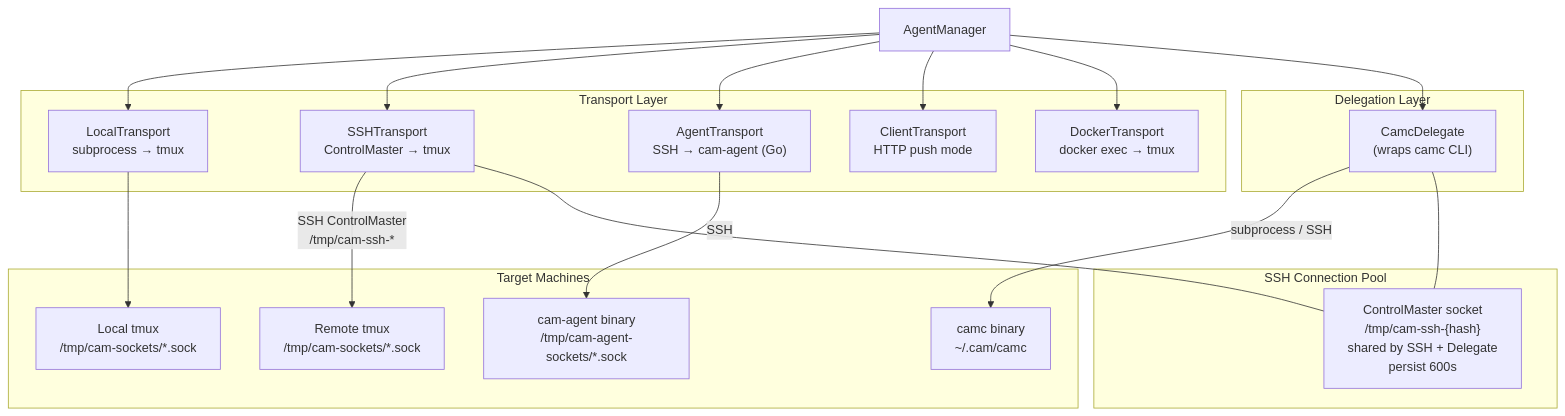
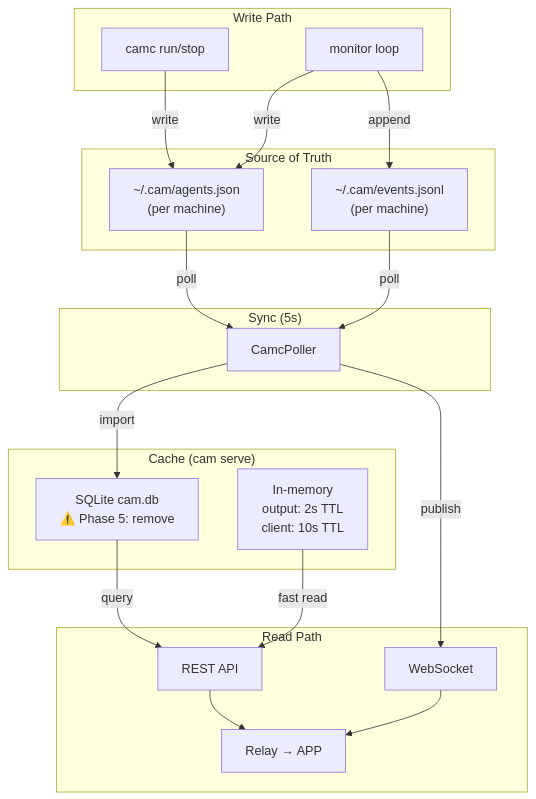
The eighth of 9 diagrams in docs/architecture-mermaid.md (orlunix/cam), drawn with Mermaid before and after one commit. The commit also changed other lines of this file, not shown here.

First line of the commit message:
Rewrite Mermaid diagrams: deployment topology with multiple camc instances

````diff
--- a/docs/architecture-mermaid.md
+++ b/docs/architecture-mermaid.md
@@ -291,42 +461,41 @@
 ```mermaid
 graph TB
-    AM["AgentManager"]
-
-    subgraph Transports["Transport Layer"]
-        local["LocalTransport<br/>subprocess → tmux"]
-        ssh["SSHTransport<br/>ControlMaster → tmux"]
-        agent["AgentTransport<br/>SSH → cam-agent (Go)"]
-        client["ClientTransport<br/>HTTP push mode"]
-        docker["DockerTransport<br/>docker exec → tmux"]
+    subgraph Write["Write Path"]
+        camc_w["camc run/stop"]
+        mon_w["monitor loop"]
     end
 
-    subgraph Delegation["Delegation Layer"]
-        delegate["CamcDelegate<br/>(wraps camc CLI)"]
+    subgraph SOT["Source of Truth"]
+        json_w["~/.cam/agents.json<br/>(per machine)"]
+        jsonl_w["~/.cam/events.jsonl<br/>(per machine)"]
     end
 
-    AM --> local
-    AM --> ssh
-    AM --> agent
-    AM --> client
-    AM --> docker
-    AM --> delegate
-
-    subgraph Targets["Target Machines"]
-        ltmux["Local tmux<br/>/tmp/cam-sockets/*.sock"]
-        rtmux["Remote tmux<br/>/tmp/cam-sockets/*.sock"]
-        goagent["cam-agent binary<br/>/tmp/cam-agent-sockets/*.sock"]
-        camcbin["camc binary<br/>~/.cam/camc"]
+    subgraph Sync["Sync (5s)"]
+        poller_s["CamcPoller"]
     end
 
-    local --> ltmux
-    ssh -->|"SSH ControlMaster<br/>/tmp/cam-ssh-*"| rtmux
-    agent -->|"SSH"| goagent
-    delegate -->|"subprocess / SSH"| camcbin
-
-    subgraph SSHPool["SSH Connection Pool"]
-        cm["ControlMaster socket<br/>/tmp/cam-ssh-{hash}<br/>shared by SSH + Delegate<br/>persist 600s"]
+    subgraph Cache_Layer["Cache (cam serve)"]
+        sql_c["SQLite cam.db<br/>⚠️ Phase 5: remove"]
+        mem_c["In-memory<br/>output: 2s TTL<br/>client: 10s TTL"]
     end
 
-    ssh --- cm
-    delegate --- cm
+    subgraph Read["Read Path"]
+        api_r["REST API"]
+        ws_r["WebSocket"]
+        relay_r["Relay → APP"]
+    end
+
+    camc_w -->|"write"| json_w
+    mon_w -->|"write"| json_w
+    mon_w -->|"append"| jsonl_w
+
+    json_w -->|"poll"| poller_s
+    jsonl_w -->|"poll"| poller_s
+    poller_s -->|"import"| sql_c
+    poller_s -->|"publish"| ws_r
+
+    sql_c -->|"query"| api_r
+    mem_c -->|"fast read"| api_r
+    api_r --> relay_r
+    ws_r --> relay_r
 ```
````
